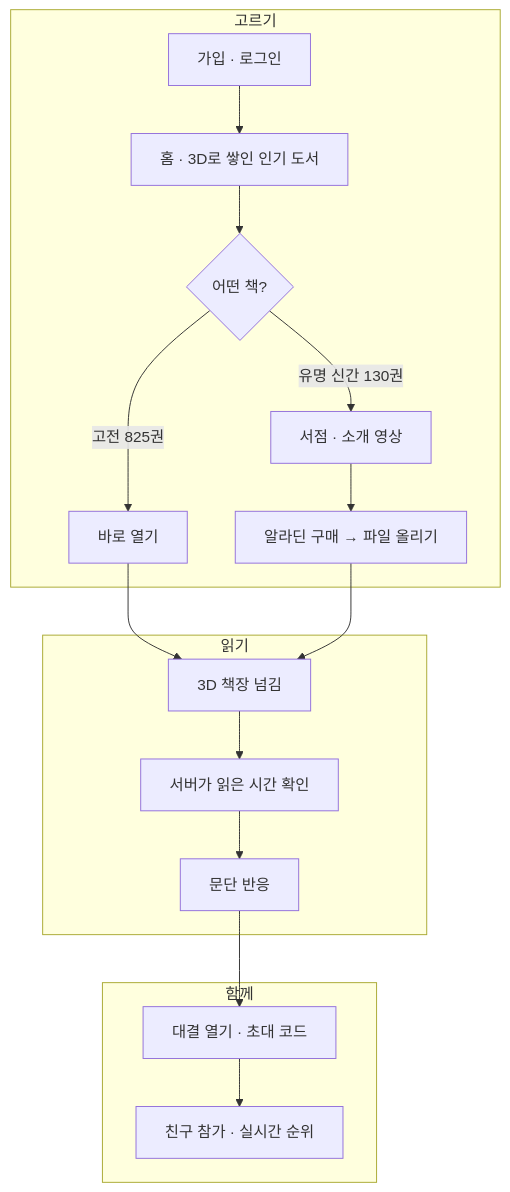
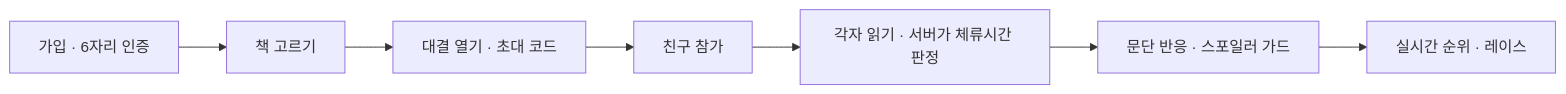
The first of 2 diagrams in README.md (10x4hs/haedok), drawn with Mermaid before and after one commit. The commit also changed other lines of this file and 2 other files, not shown here.

First line of the commit message:
docs(readme): rewrite README in Korean and English with current features and architecture

````diff
--- a/README.md
+++ b/README.md
@@ -29,18 +51,9 @@
 ```mermaid
-flowchart TB
-    subgraph 고르기
-        A[가입 · 로그인] --> B[홈 · 3D로 쌓인 인기 도서]
-        B --> C{어떤 책?}
-        C -->|고전 825권| D[바로 열기]
-        C -->|유명 신간 130권| E[서점 · 소개 영상] --> F[알라딘 구매 → 파일 올리기]
-    end
-    subgraph 읽기
-        H[3D 책장 넘김] --> V[서버가 읽은 시간 확인] --> R[문단 반응]
-    end
-    subgraph 함께
-        I[대결 열기 · 초대 코드] --> K[친구 참가 · 실시간 순위]
-    end
-    D --> H
-    F --> H
-    R --> I
+flowchart LR
+    A[가입 · 6자리 인증] --> B[책 고르기]
+    B --> C[대결 열기 · 초대 코드]
+    C --> D[친구 참가]
+    D --> E[각자 읽기 · 서버가 체류시간 판정]
+    E --> F[문단 반응 · 스포일러 가드]
+    F --> G[실시간 순위 · 레이스]
 ```
````
